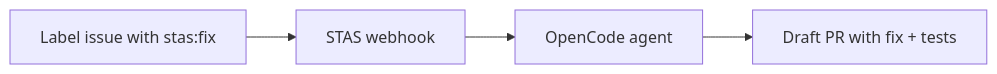
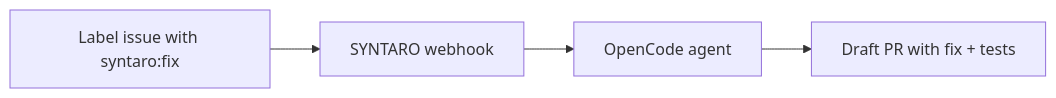
The first of 2 diagrams in README.md (Aimino-Tech/solving_tickets_as_a_service), drawn with Mermaid before and after one commit. The commit also changed other lines of this file and 953 other files, not shown here.

First line of the commit message:
refactor(AIM-4477): rebrand STAS → SYNTARO in code, configs, docs, and deploy

````diff
--- a/README.md
+++ b/README.md
@@ -26,6 +26,6 @@
 ```mermaid
 flowchart LR
-    A[Label issue with stas:fix] --> B[STAS webhook]
+    A[Label issue with syntaro:fix] --> B[SYNTARO webhook]
     B --> C[OpenCode agent]
     C --> D[Draft PR with fix + tests]
 ```
````
